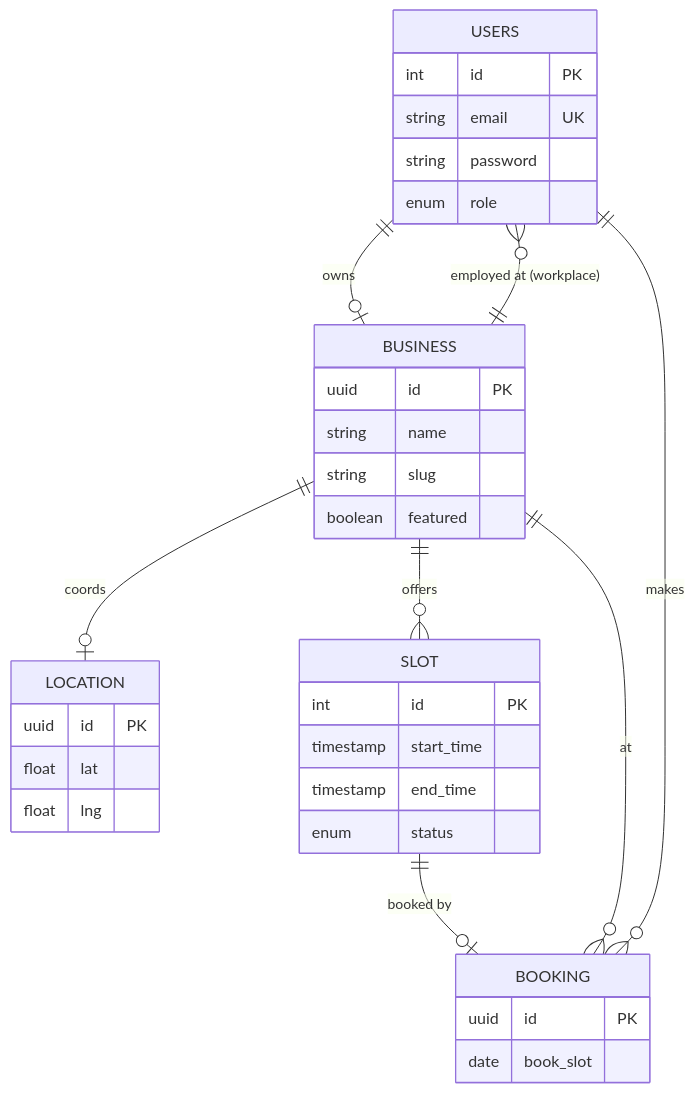
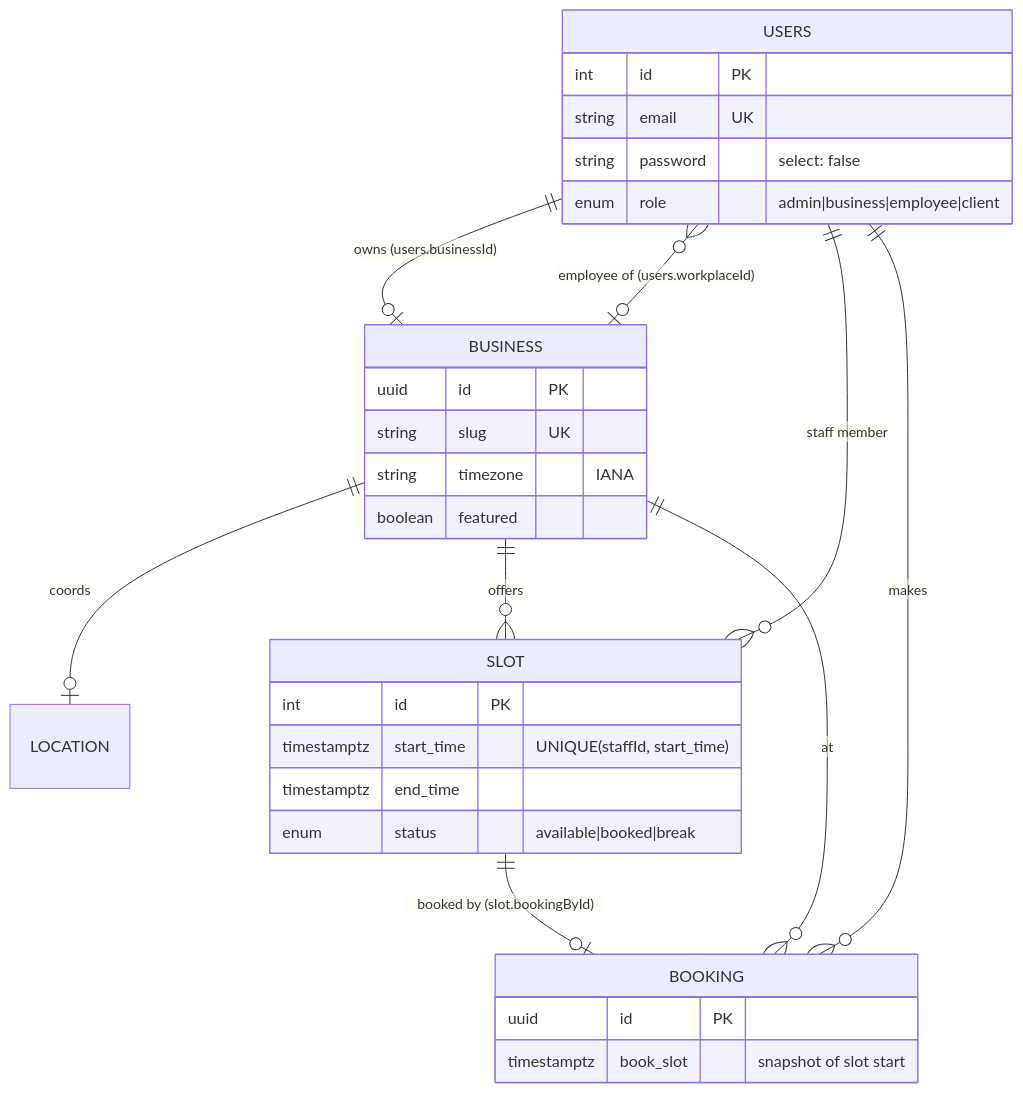
Before and after one commit to psytonik/smart-booking: the third of 4 diagrams in ARCHITECTURE.md, drawn with Mermaid. The commit also changed other lines of this file and 23 other files, not shown here.

First line of the commit message:
Enable strict TypeScript, rewrite ARCHITECTURE.md, finish cleanup items

````diff
--- a/ARCHITECTURE.md
+++ b/ARCHITECTURE.md
@@ -68,38 +69,34 @@
 ```mermaid
 erDiagram
-    USERS ||--o| BUSINESS : owns
-    USERS }o--|| BUSINESS : "employed at (workplace)"
+    USERS ||--o| BUSINESS : "owns (users.businessId)"
+    USERS }o--o| BUSINESS : "employee of (users.workplaceId)"
+    BUSINESS ||--o| LOCATION : coords
+    BUSINESS ||--o{ SLOT : offers
+    USERS ||--o{ SLOT : "staff member"
+    SLOT ||--o| BOOKING : "booked by (slot.bookingById)"
     USERS ||--o{ BOOKING : makes
-    BUSINESS ||--o| LOCATION : "coords"
-    BUSINESS ||--o{ SLOT : offers
-    SLOT ||--o| BOOKING : "booked by"
-    BUSINESS ||--o{ BOOKING : "at"
+    BUSINESS ||--o{ BOOKING : at
 
     USERS {
         int id PK
         string email UK
-        string password
-        enum role
+        string password "select: false"
+        enum role "admin|business|employee|client"
     }
     BUSINESS {
         uuid id PK
-        string name
-        string slug
+        string slug UK
+        string timezone "IANA"
         boolean featured
-    }
-    LOCATION {
-        uuid id PK
-        float lat
-        float lng
     }
     SLOT {
         int id PK
-        timestamp start_time
-        timestamp end_time
-        enum status
+        timestamptz start_time "UNIQUE(staffId, start_time)"
+        timestamptz end_time
+        enum status "available|booked|break"
     }
     BOOKING {
         uuid id PK
-        date book_slot
+        timestamptz book_slot "snapshot of slot start"
     }
 ```
````
